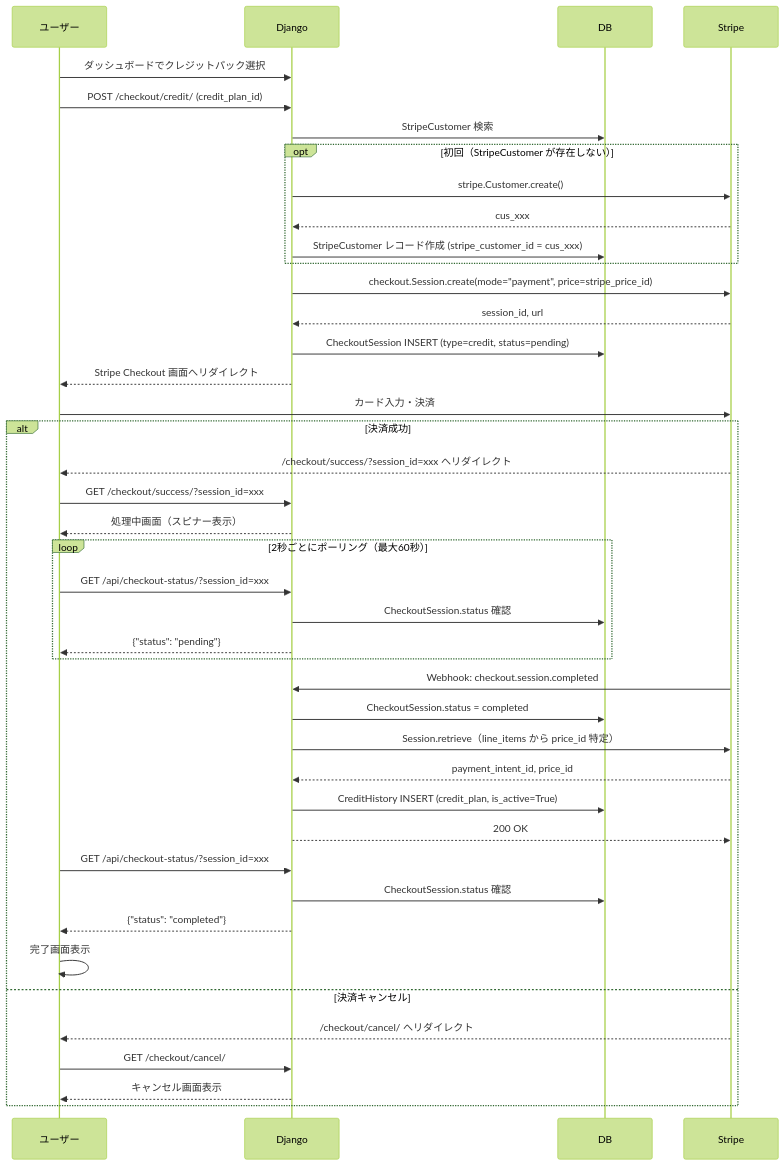
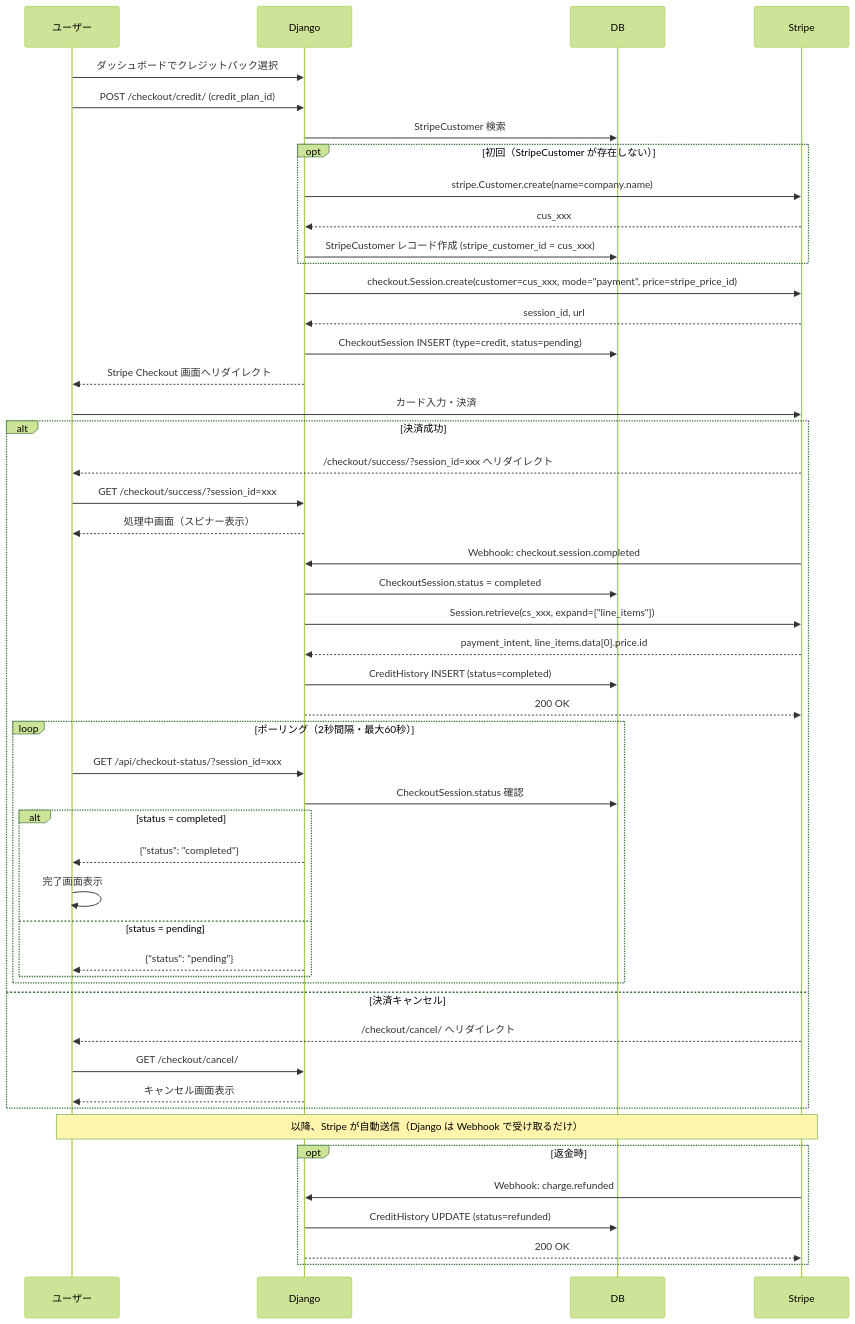
Before and after one commit to suzuki-tomok/payment-core: the second of 4 diagrams in docs/sequence-diagram.md, drawn with Mermaid (forest theme). The commit also changed other lines of this file and 25 other files, not shown here.

````diff
--- a/docs/sequence-diagram.md
+++ b/docs/sequence-diagram.md
@@ -85,54 +83,62 @@
 ```mermaid
 sequenceDiagram
     participant U as ユーザー
     participant D as Django
     participant DB as DB
     participant S as Stripe
 
     U->>D: ダッシュボードでクレジットパック選択
     U->>D: POST /checkout/credit/ (credit_plan_id)
 
     D->>DB: StripeCustomer 検索
 
     opt 初回（StripeCustomer が存在しない）
-        D->>S: stripe.Customer.create()
+        D->>S: stripe.Customer.create(name=company.name)
         S-->>D: cus_xxx
         D->>DB: StripeCustomer レコード作成 (stripe_customer_id = cus_xxx)
     end
 
-    D->>S: checkout.Session.create(mode="payment", price=stripe_price_id)
+    D->>S: checkout.Session.create(customer=cus_xxx, mode="payment", price=stripe_price_id)
     S-->>D: session_id, url
     D->>DB: CheckoutSession INSERT (type=credit, status=pending)
     D-->>U: Stripe Checkout 画面へリダイレクト
 
     U->>S: カード入力・決済
 
     alt 決済成功
         S-->>U: /checkout/success/?session_id=xxx へリダイレクト
         U->>D: GET /checkout/success/?session_id=xxx
         D-->>U: 処理中画面（スピナー表示）
 
-        loop 2秒ごとにポーリング（最大60秒）
+        S->>D: Webhook: checkout.session.completed
+        D->>DB: CheckoutSession.status = completed
+        D->>S: Session.retrieve(cs_xxx, expand=["line_items"])
+        S-->>D: payment_intent, line_items.data[0].price.id
+        D->>DB: CreditHistory INSERT (status=completed)
+        D-->>S: 200 OK
+
+        loop ポーリング（2秒間隔・最大60秒）
             U->>D: GET /api/checkout-status/?session_id=xxx
             D->>DB: CheckoutSession.status 確認
-            D-->>U: {"status": "pending"}
+            alt status = completed
+                D-->>U: {"status": "completed"}
+                U->>U: 完了画面表示
+            else status = pending
+                D-->>U: {"status": "pending"}
+            end
         end
-
-        S->>D: Webhook: checkout.session.completed
-        D->>DB: CheckoutSession.status = completed
-        D->>S: Session.retrieve（line_items から price_id 特定）
-        S-->>D: payment_intent_id, price_id
-        D->>DB: CreditHistory INSERT (credit_plan, is_active=True)
-        D-->>S: 200 OK
-
-        U->>D: GET /api/checkout-status/?session_id=xxx
-        D->>DB: CheckoutSession.status 確認
-        D-->>U: {"status": "completed"}
-        U->>U: 完了画面表示
 
     else 決済キャンセル
         S-->>U: /checkout/cancel/ へリダイレクト
         U->>D: GET /checkout/cancel/
         D-->>U: キャンセル画面表示
     end
+
+    Note over U,S: 以降、Stripe が自動送信（Django は Webhook で受け取るだけ）
+
+    opt 返金時
+        S->>D: Webhook: charge.refunded
+        D->>DB: CreditHistory UPDATE (status=refunded)
+        D-->>S: 200 OK
+    end
 ```
````
